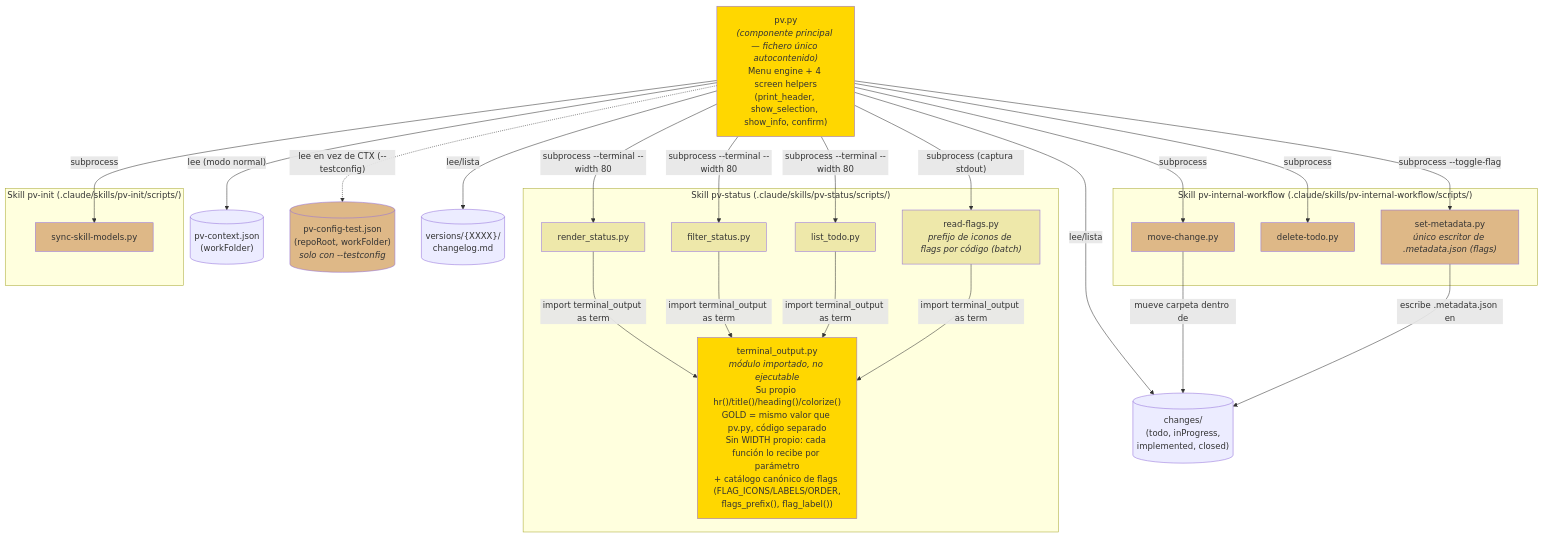
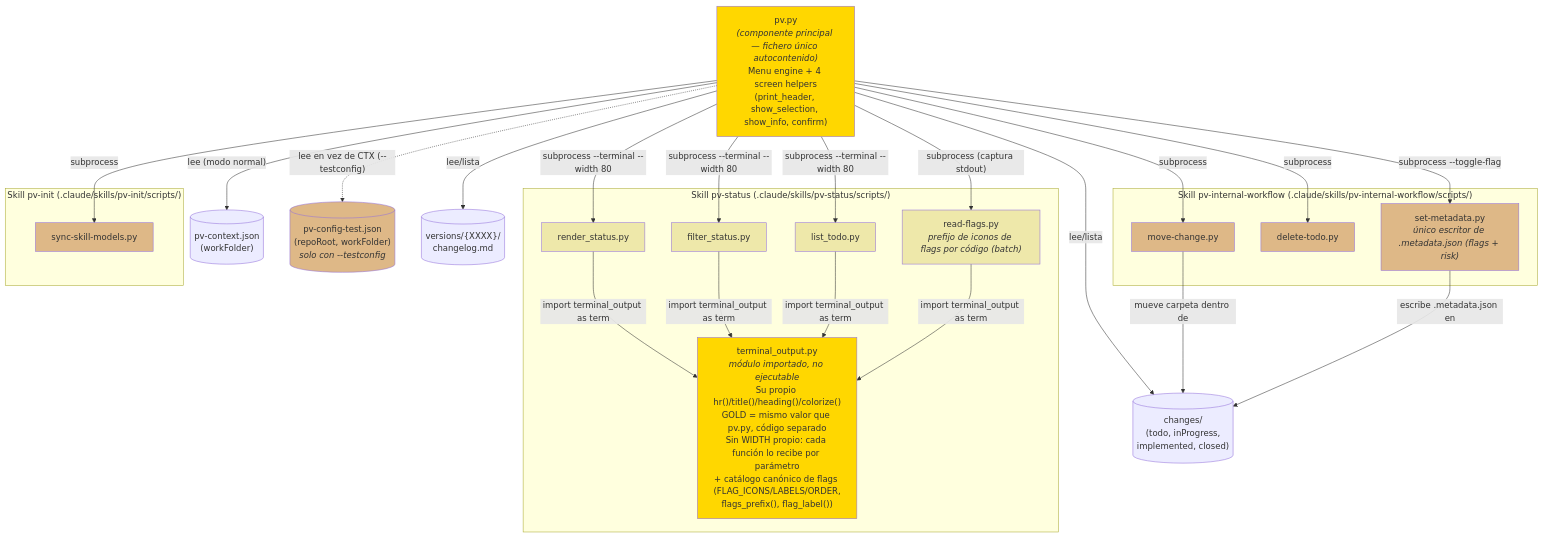
Before and after one commit to yeyopepe/previo-sdd: the second of 2 diagrams in .claude/pv-doc/pv-design-onescript/pv-design-onescript.es.md, drawn with Mermaid. The commit also changed other lines of this file and 16 other files, not shown here.

Commit message:
Changed: Risk is now part of .metadata.json

````diff
--- a/.claude/pv-doc/pv-design-onescript/pv-design-onescript.es.md
+++ b/.claude/pv-doc/pv-design-onescript/pv-design-onescript.es.md
@@ -203,60 +203,60 @@
 ```mermaid
 graph TD
     PV["pv.py<br/><i>(componente principal — fichero único autocontenido)</i><br/>Menu engine + 4 screen helpers<br/>(print_header, show_selection, show_info, confirm)"]
 
     subgraph SKILL_STATUS ["Skill pv-status (.claude/skills/pv-status/scripts/)"]
         TO["terminal_output.py<br/><i>módulo importado, no ejecutable</i><br/>Su propio hr()/title()/heading()/colorize()<br/>GOLD = mismo valor que pv.py, código separado<br/>Sin WIDTH propio: cada función lo recibe por parámetro<br/>+ catálogo canónico de flags (FLAG_ICONS/LABELS/ORDER,<br/>flags_prefix(), flag_label())"]
         RS["render_status.py"]
         FS["filter_status.py"]
         LT["list_todo.py"]
         RF["read-flags.py<br/><i>prefijo de iconos de flags por código (batch)</i>"]
 
         RS -->|import terminal_output as term| TO
         FS -->|import terminal_output as term| TO
         LT -->|import terminal_output as term| TO
         RF -->|import terminal_output as term| TO
     end
 
     subgraph SKILL_WORKFLOW ["Skill pv-internal-workflow (.claude/skills/pv-internal-workflow/scripts/)"]
         MC["move-change.py"]
         DT["delete-todo.py"]
-        SM["set-metadata.py<br/><i>único escritor de .metadata.json (flags)</i>"]
+        SM["set-metadata.py<br/><i>único escritor de .metadata.json (flags + risk)</i>"]
     end
 
     subgraph SKILL_INIT ["Skill pv-init (.claude/skills/pv-init/scripts/)"]
         SSM["sync-skill-models.py"]
     end
 
     CTX[("pv-context.json<br/>(workFolder)")]
     TESTCFG[("pv-config-test.json<br/>(repoRoot, workFolder)<br/><i>solo con --testconfig</i>")]
     CHANGES[("changes/<br/>(todo, inProgress,<br/>implemented, closed)")]
     VERSIONS[("versions/{XXXX}/<br/>changelog.md")]
 
     PV -->|"subprocess --terminal --width 80"| RS
     PV -->|"subprocess --terminal --width 80"| FS
     PV -->|"subprocess --terminal --width 80"| LT
     PV -->|"subprocess (captura stdout)"| RF
     PV -->|"subprocess"| MC
     PV -->|"subprocess"| DT
     PV -->|"subprocess --toggle-flag"| SM
     PV -->|"subprocess"| SSM
 
     PV -->|"lee (modo normal)"| CTX
     PV -.->|"lee en vez de CTX (--testconfig)"| TESTCFG
     PV -->|lee/lista| CHANGES
     PV -->|lee/lista| VERSIONS
     MC -->|mueve carpeta dentro de| CHANGES
     SM -->|escribe .metadata.json en| CHANGES
 
     style PV fill:#FFD700
     style TO fill:#FFD700
     style RS fill:#EEE8AA
     style FS fill:#EEE8AA
     style LT fill:#EEE8AA
     style RF fill:#EEE8AA
     style MC fill:#DEB887
     style DT fill:#DEB887
     style SM fill:#DEB887
     style SSM fill:#DEB887
     style TESTCFG fill:#DEB887
 ```
````
